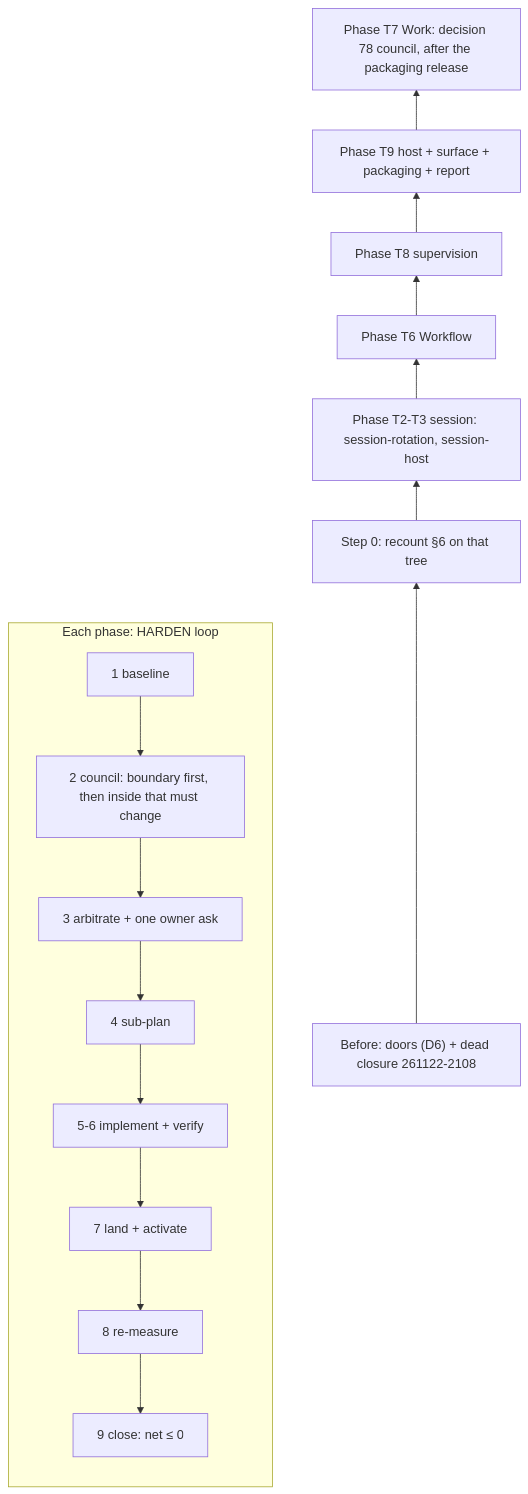
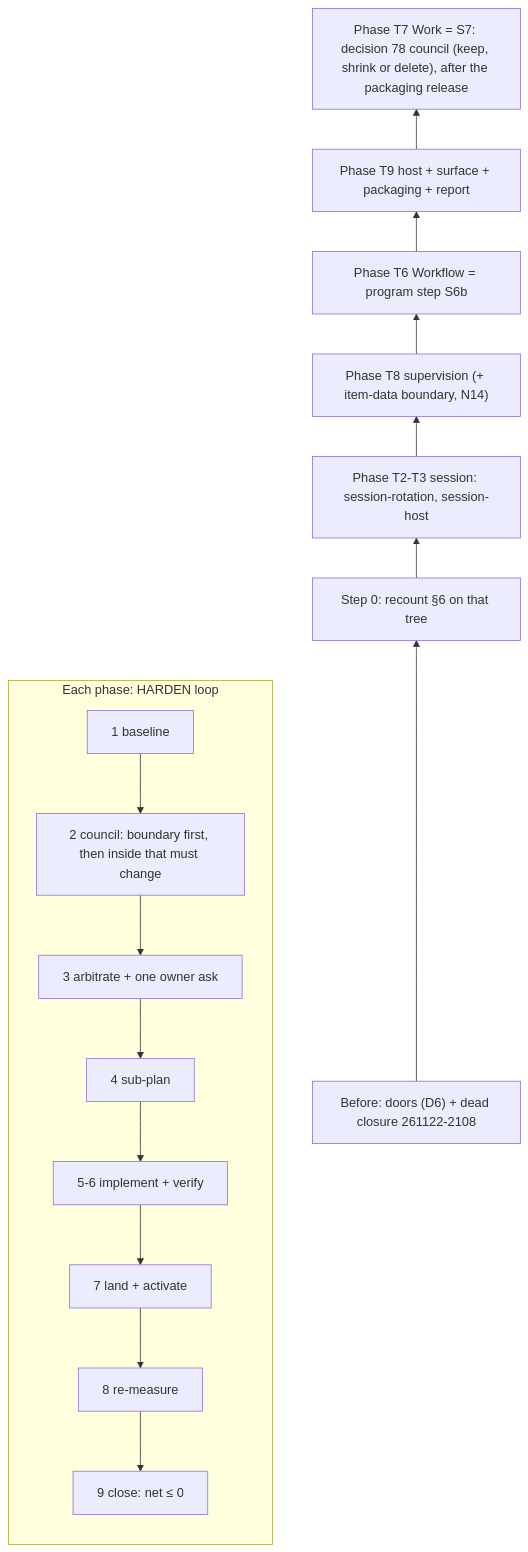
Before and after one commit to vantt/forgent: the diagram in plans/discussions/ds-wqsrwmiier-harden-next-round/DISCUSSION.md, drawn with Mermaid. The commit also changed other lines of this file, not shown here.

Commit message:
docs(discussion): harden next round moves supervision ahead of workflow and scouts an item-data component apart from Work

````diff
--- a/plans/discussions/ds-wqsrwmiier-harden-next-round/DISCUSSION.md
+++ b/plans/discussions/ds-wqsrwmiier-harden-next-round/DISCUSSION.md
@@ -238,12 +256,12 @@
 ```mermaid
 flowchart BT
   pre["Before: doors (D6) + dead closure 261122-2108"] --> s0["Step 0: recount §6 on that tree"]
   s0 --> T23["Phase T2-T3 session: session-rotation, session-host"]
-  T23 --> T6["Phase T6 Workflow"]
-  T6 --> T8["Phase T8 supervision"]
-  T8 --> T9["Phase T9 host + surface + packaging + report"]
-  T9 --> T7["Phase T7 Work: decision 78 council, after the packaging release"]
+  T23 --> T8["Phase T8 supervision (+ item-data boundary, N14)"]
+  T8 --> T6["Phase T6 Workflow = program step S6b"]
+  T6 --> T9["Phase T9 host + surface + packaging + report"]
+  T9 --> T7["Phase T7 Work = S7: decision 78 council (keep, shrink or delete), after the packaging release"]
   subgraph loop["Each phase: HARDEN loop"]
     a[1 baseline] --> b[2 council: boundary first, then inside that must change] --> c[3 arbitrate + one owner ask] --> d[4 sub-plan] --> e[5-6 implement + verify] --> f[7 land + activate] --> g[8 re-measure] --> h[9 close: net ≤ 0]
   end
 ```
````
